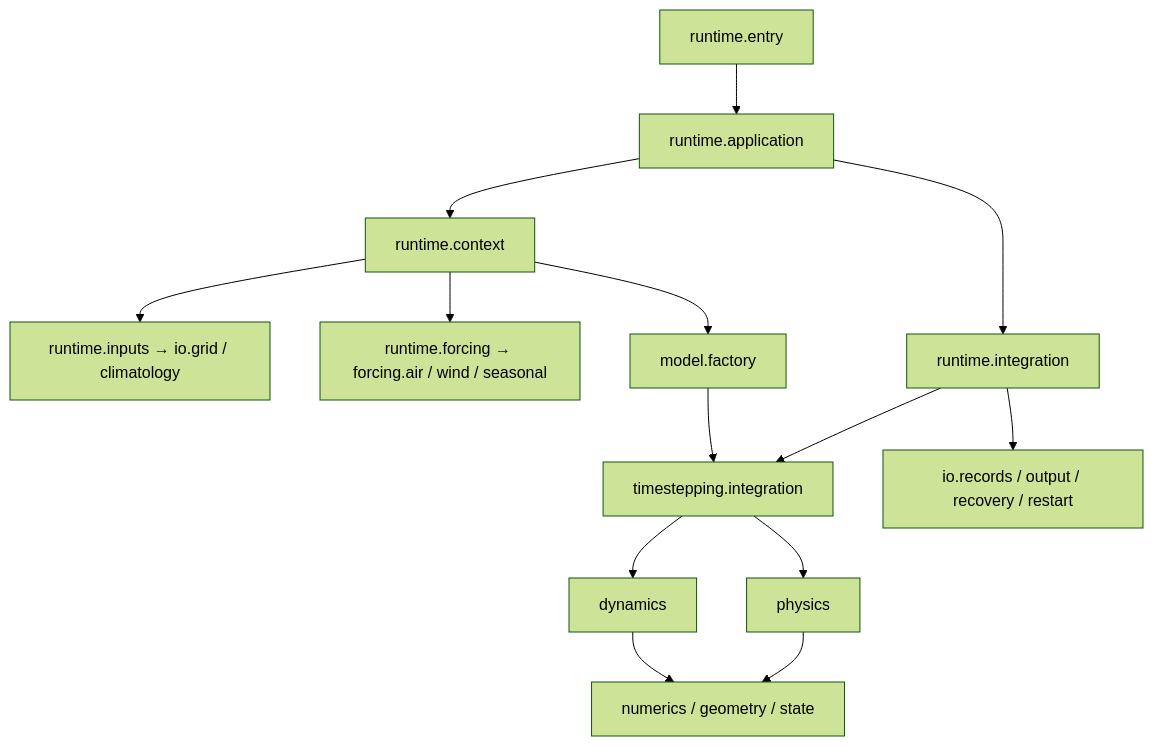
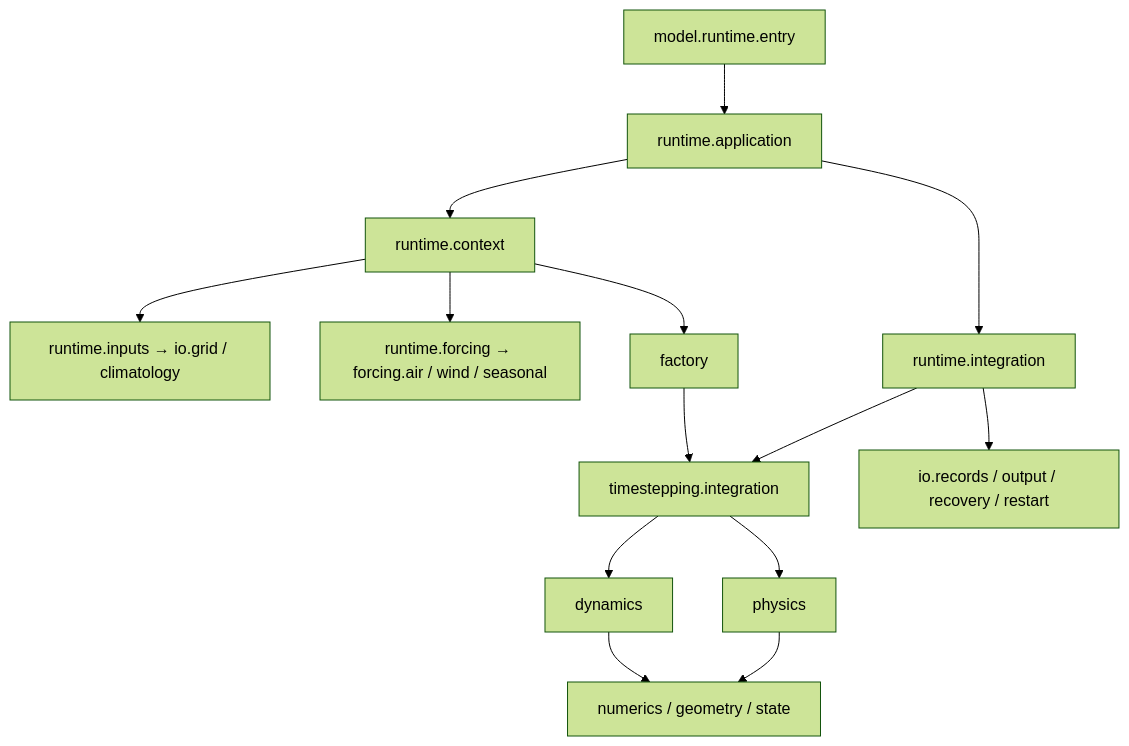
Before and after one commit to TTAWDTT/ZhenMode: the diagram in docs/production_architecture_zh.md, drawn with Mermaid (forest theme). The commit also changed other lines of this file and 258 other files, not shown here.

````diff
--- a/docs/production_architecture_zh.md
+++ b/docs/production_architecture_zh.md
@@ -7,16 +23,16 @@
 ```mermaid
 flowchart TD
-  entry[runtime.entry] --> application[runtime.application]
+  entry[model.runtime.entry] --> application[runtime.application]
   application --> context[runtime.context]
   context --> inputs[runtime.inputs → io.grid / climatology]
   context --> forcing[runtime.forcing → forcing.air / wind / seasonal]
-  context --> factory[model.factory]
+  context --> factory[factory]
   factory --> step[timestepping.integration]
   step --> dynamics[dynamics]
   step --> physics[physics]
   dynamics --> numerics[numerics / geometry / state]
   physics --> numerics
   application --> loop[runtime.integration]
   loop --> step
   loop --> output[io.records / output / recovery / restart]
 ```
````
